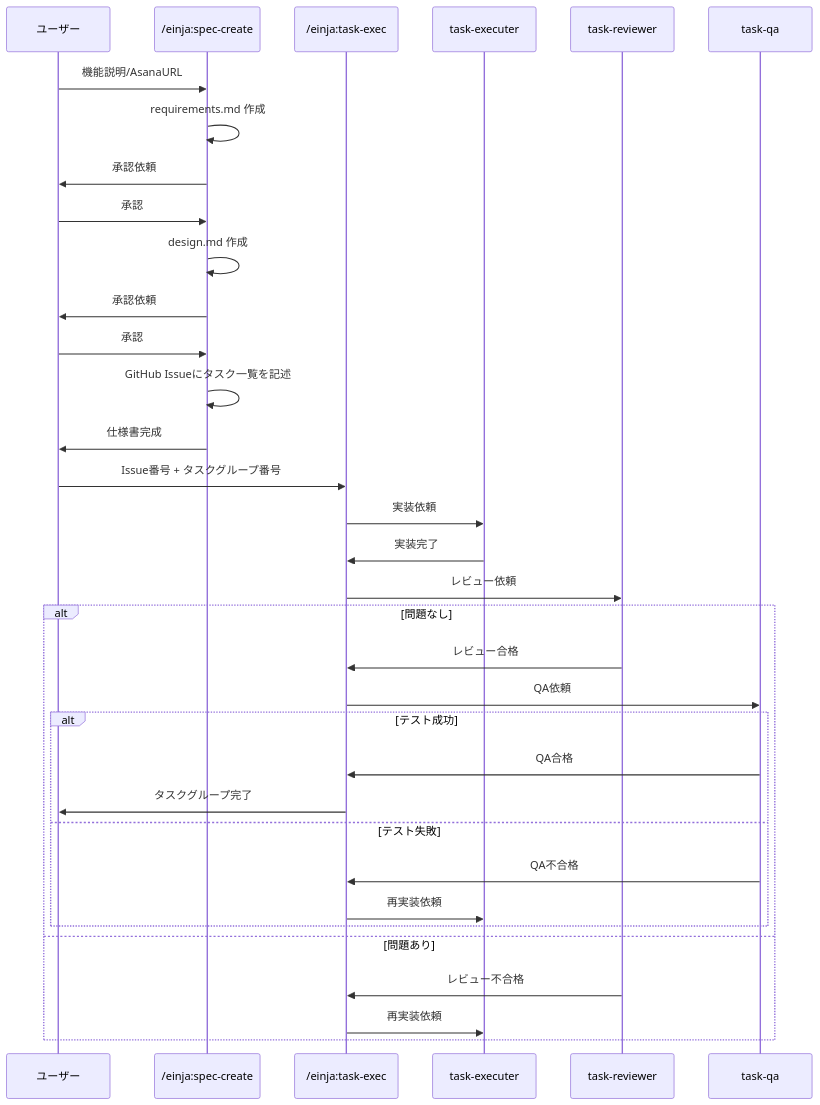
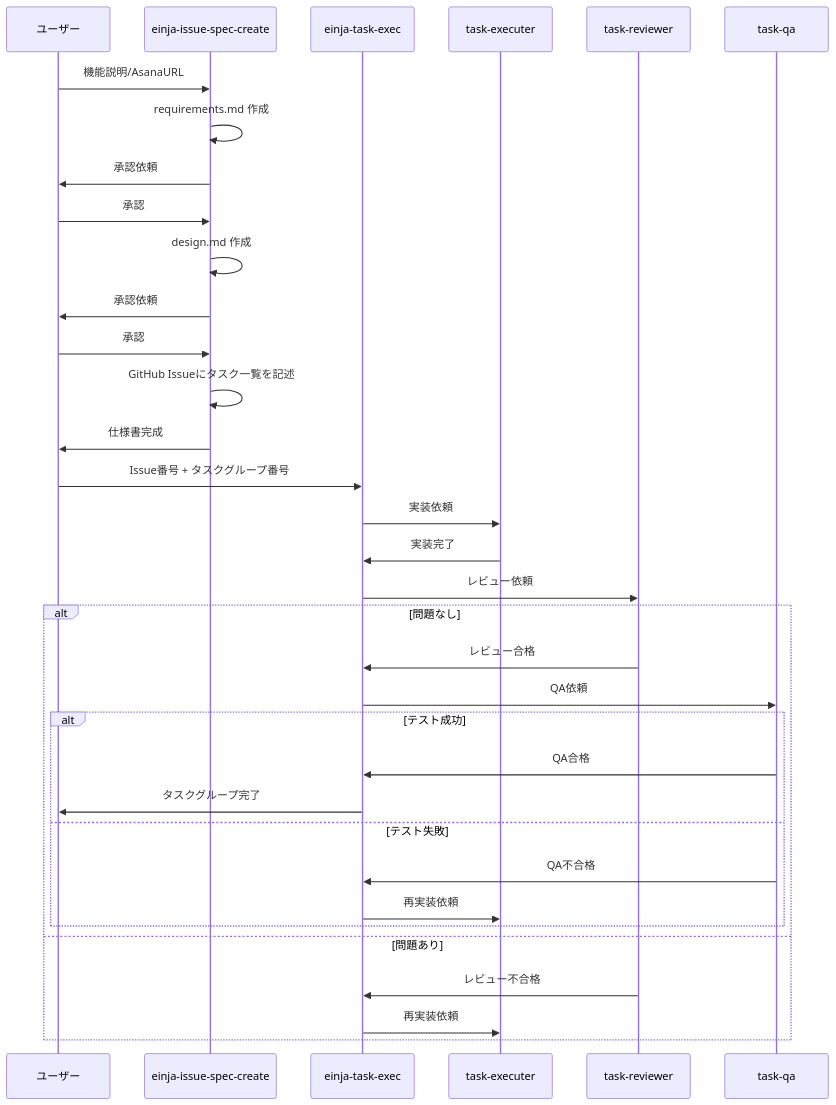
One commit to einja-inc/einja-management-template changed the sixth of 6 diagrams in docs/einja/instructions/task-execute.md. Above: the diagram before and after it, drawn with Mermaid. The commit also changed other lines of this file and 16 other files, not shown here.

First line of the commit message:
feat: einja-issue-spec-createにビジュアルUIデザイン(Phase 2)ステップを追加

````diff
--- a/docs/einja/instructions/task-execute.md
+++ b/docs/einja/instructions/task-execute.md
@@ -575,40 +575,40 @@
 ```mermaid
 sequenceDiagram
     participant User as ユーザー
-    participant SpecCreate as /einja:spec-create
-    participant TaskExec as /einja:task-exec
+    participant SpecCreate as einja-issue-spec-create
+    participant TaskExec as einja-task-exec
     participant Executer as task-executer
     participant Reviewer as task-reviewer
     participant QA as task-qa
 
     User->>SpecCreate: 機能説明/AsanaURL
     SpecCreate->>SpecCreate: requirements.md 作成
     SpecCreate->>User: 承認依頼
     User->>SpecCreate: 承認
     SpecCreate->>SpecCreate: design.md 作成
     SpecCreate->>User: 承認依頼
     User->>SpecCreate: 承認
     SpecCreate->>SpecCreate: GitHub Issueにタスク一覧を記述
     SpecCreate->>User: 仕様書完成
 
     User->>TaskExec: Issue番号 + タスクグループ番号
 
     TaskExec->>Executer: 実装依頼
     Executer->>TaskExec: 実装完了
 
     TaskExec->>Reviewer: レビュー依頼
     alt 問題なし
         Reviewer->>TaskExec: レビュー合格
         TaskExec->>QA: QA依頼
         alt テスト成功
             QA->>TaskExec: QA合格
             TaskExec->>User: タスクグループ完了
         else テスト失敗
             QA->>TaskExec: QA不合格
             TaskExec->>Executer: 再実装依頼
         end
     else 問題あり
         Reviewer->>TaskExec: レビュー不合格
         TaskExec->>Executer: 再実装依頼
     end
 ```
````
